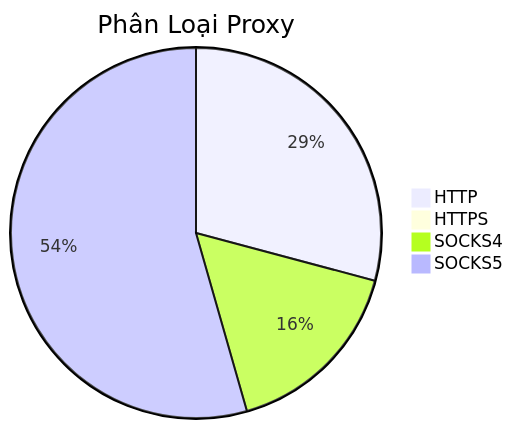
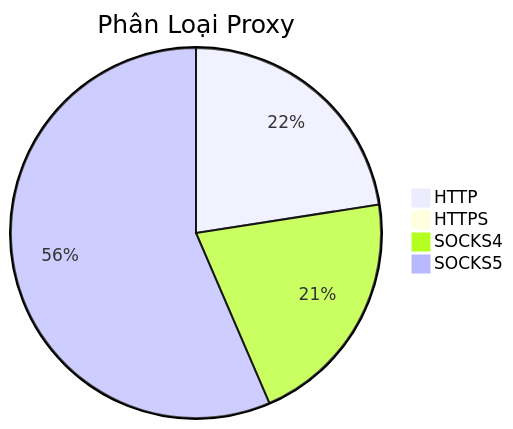
The diagram in README.md (Ciara-Aa/PROXY-free), drawn with Mermaid before and after one commit. The commit also changed other lines of this file and 4 other files, not shown here.

````diff
--- a/README.md
+++ b/README.md
@@ -26,7 +26,7 @@
 ```mermaid
 pie title Phân Loại Proxy
-    "HTTP" : 444
-    "HTTPS" : 3
-    "SOCKS4" : 250
-    "SOCKS5" : 829
+    "HTTP" : 273
+    "HTTPS" : 4
+    "SOCKS4" : 254
+    "SOCKS5" : 684
 ```
````
